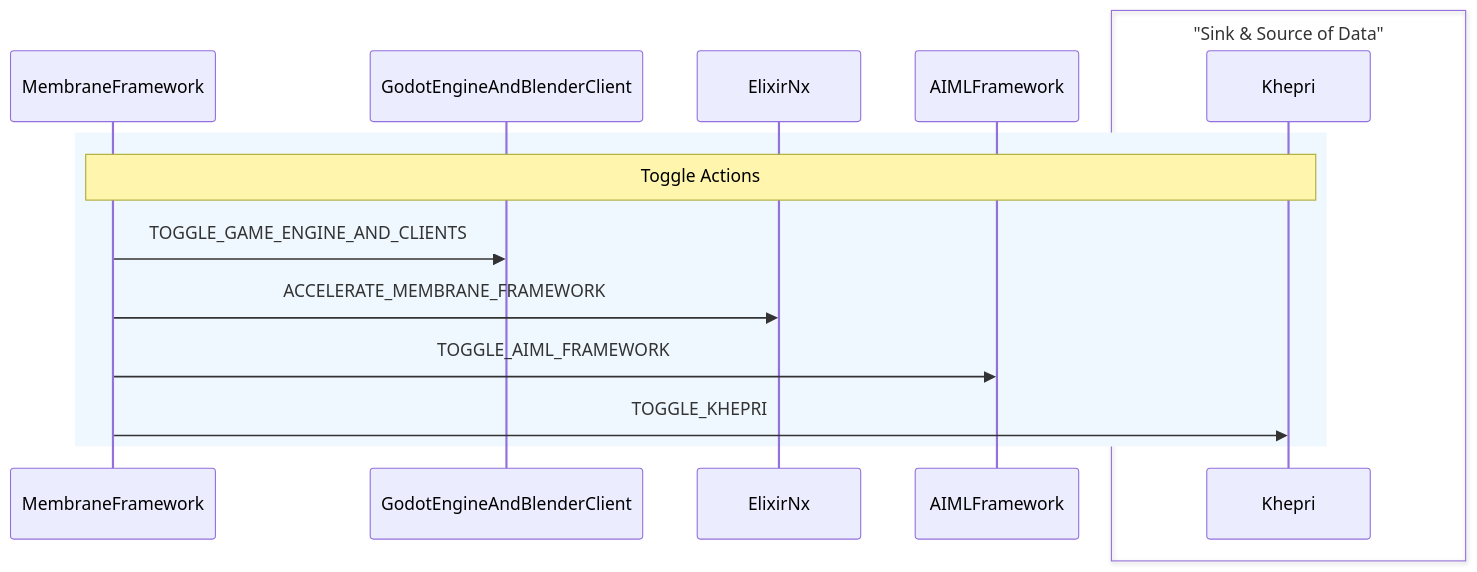
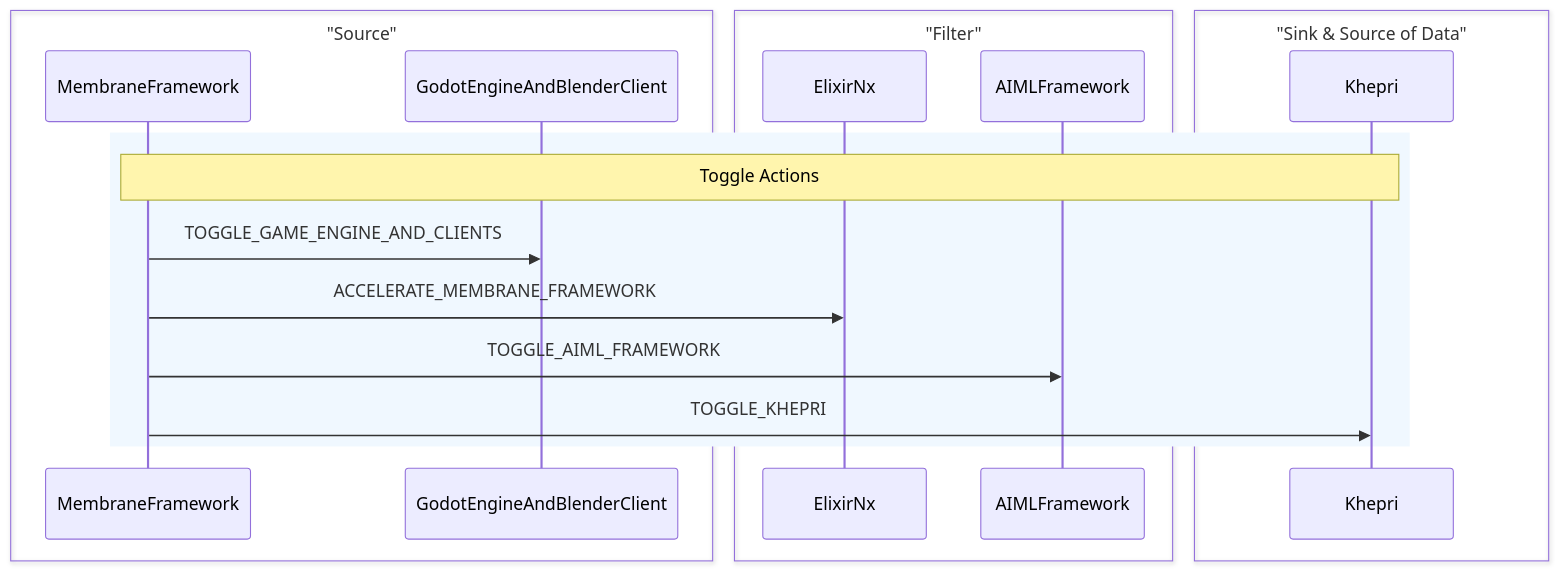
Before and after one commit to V-Sekai/manuals: the diagram in decisions/20230618-membrane-framework-for-mesh-processing.md, drawn with Mermaid.

Commit message:
Update the diagram.

````diff
--- a/decisions/20230618-membrane-framework-for-mesh-processing.md
+++ b/decisions/20230618-membrane-framework-for-mesh-processing.md
@@ -21,20 +21,30 @@
 ```mermaid
 sequenceDiagram
   participant MembraneFramework
   participant GodotEngineAndBlenderClient
   participant ElixirNx
   participant AIMLFramework
   participant Khepri
 
   rect rgb(240, 248, 255)
     note over MembraneFramework, Khepri: Toggle Actions
     MembraneFramework->>GodotEngineAndBlenderClient: TOGGLE_GAME_ENGINE_AND_CLIENTS
     MembraneFramework->>ElixirNx: ACCELERATE_MEMBRANE_FRAMEWORK
     MembraneFramework->>AIMLFramework: TOGGLE_AIML_FRAMEWORK
     MembraneFramework->>Khepri: TOGGLE_KHEPRI
   end
 
+  box "Source" #CCFFCC
+    participant MembraneFramework
+    participant GodotEngineAndBlenderClient
+  end
+
+  box "Filter" #FFFFCC
+    participant ElixirNx
+    participant AIMLFramework
+  end
+
   box "Sink & Source of Data" #FFCCCC
     participant Khepri
   end
 ```
````
